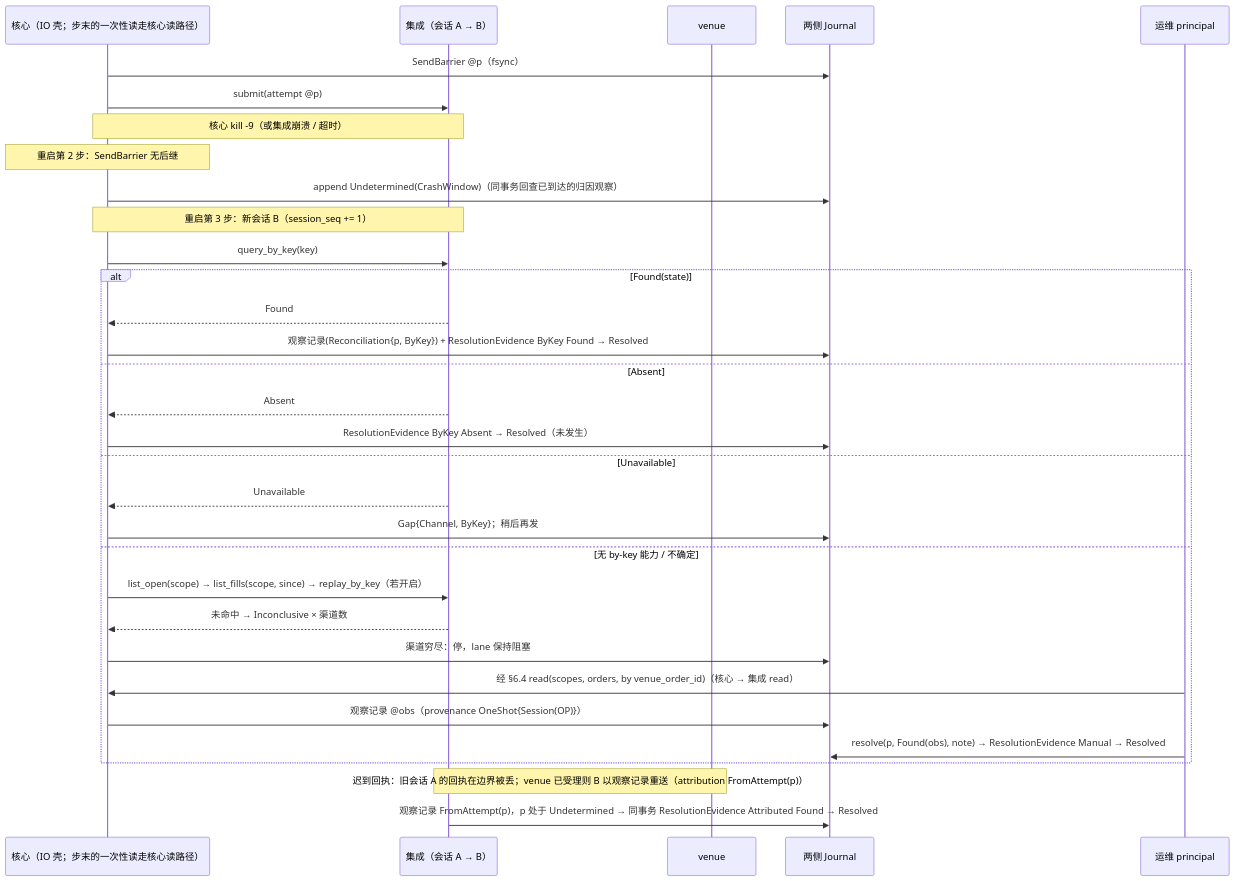
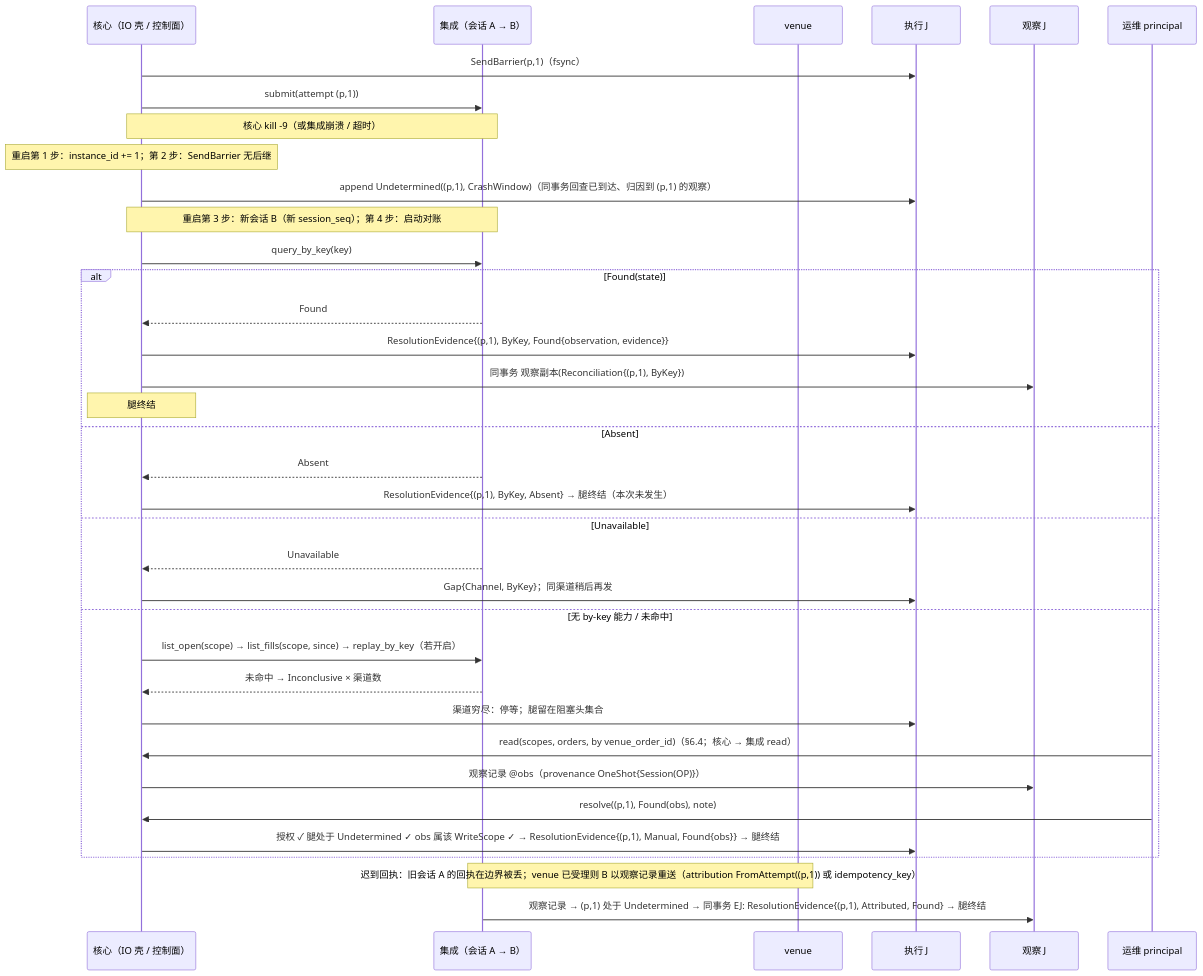
The sixth of 7 diagrams in design/diagrams/06-io-shell-attempt.md (mouriya-s-lab/uta), drawn with Mermaid before and after one commit. The commit also changed other lines of this file and 9 other files, not shown here.

Commit message:
设计：并入 astra 复核——腿身份 AttemptRef、回执/证据字节归执行事实、EffectResponse 完成事实、AwaitingTargetTerminal 有界出口、ReconciliationReopened 重开取证、取证记录矩阵（Unavailable 不算取证）、lane 集合语义贯通、恢复先判 Resolved、alignment 读当前流末 + checked_as_of、一版一决 Conflict(AlreadyDecided)、Lag/完备位置切面、唯一边=类型依赖与语义消费、XA 类比改设计标签；图 D1–D9 同步

````diff
--- a/design/diagrams/06-io-shell-attempt.md
+++ b/design/diagrams/06-io-shell-attempt.md
@@ -186,34 +203,38 @@
 ```mermaid
 sequenceDiagram
-  participant IO as 核心（IO 壳；步末的一次性读走核心读路径）
+  participant IO as 核心（IO 壳 / 控制面）
   participant I as 集成（会话 A → B）
   participant V as venue
-  participant J as 两侧 Journal
+  participant EJ as 执行 J
+  participant OJ as 观察 J
   participant OP as 运维 principal
-  IO->>J: SendBarrier @p（fsync）
-  IO->>I: submit(attempt @p)
+  IO->>EJ: SendBarrier(p,1)（fsync）
+  IO->>I: submit(attempt (p,1))
   Note over IO,I: 核心 kill -9（或集成崩溃 / 超时）
-  Note over IO: 重启第 2 步：SendBarrier 无后继
-  IO->>J: append Undetermined(CrashWindow)（同事务回查已到达的归因观察）
-  Note over IO,I: 重启第 3 步：新会话 B（session_seq += 1）
+  Note over IO: 重启第 1 步：instance_id += 1；第 2 步：SendBarrier 无后继
+  IO->>EJ: append Undetermined((p,1), CrashWindow)（同事务回查已到达、归因到 (p,1) 的观察）
+  Note over IO,I: 重启第 3 步：新会话 B（新 session_seq）；第 4 步：启动对账
   IO->>I: query_by_key(key)
   alt Found(state)
     I-->>IO: Found
-    IO->>J: 观察记录(Reconciliation{p, ByKey}) + ResolutionEvidence ByKey Found → Resolved
+    IO->>EJ: ResolutionEvidence{(p,1), ByKey, Found{observation, evidence}}
+    IO->>OJ: 同事务 观察副本(Reconciliation{(p,1), ByKey})
+    Note over IO: 腿终结
   else Absent
     I-->>IO: Absent
-    IO->>J: ResolutionEvidence ByKey Absent → Resolved（未发生）
+    IO->>EJ: ResolutionEvidence{(p,1), ByKey, Absent} → 腿终结（本次未发生）
   else Unavailable
     I-->>IO: Unavailable
-    IO->>J: Gap{Channel, ByKey}；稍后再发
-  else 无 by-key 能力 / 不确定
+    IO->>EJ: Gap{Channel, ByKey}；同渠道稍后再发
+  else 无 by-key 能力 / 未命中
     IO->>I: list_open(scope) → list_fills(scope, since) → replay_by_key（若开启）
     I-->>IO: 未命中 → Inconclusive × 渠道数
-    IO->>J: 渠道穷尽：停，lane 保持阻塞
-    OP->>IO: 经 §6.4 read(scopes, orders, by venue_order_id)（核心 → 集成 read）
-    IO->>J: 观察记录 @obs（provenance OneShot{Session(OP)}）
-    OP->>J: resolve(p, Found(obs), note) → ResolutionEvidence Manual → Resolved
+    IO->>EJ: 渠道穷尽：停等；腿留在阻塞头集合
+    OP->>IO: read(scopes, orders, by venue_order_id)（§6.4；核心 → 集成 read）
+    IO->>OJ: 观察记录 @obs（provenance OneShot{Session(OP)}）
+    OP->>IO: resolve((p,1), Found(obs), note)
+    IO->>EJ: 授权 ✓ 腿处于 Undetermined ✓ obs 属该 WriteScope ✓ → ResolutionEvidence{(p,1), Manual, Found{obs}} → 腿终结
   end
-  Note over I,V: 迟到回执：旧会话 A 的回执在边界被丢；venue 已受理则 B 以观察记录重送（attribution FromAttempt(p)）
-  I->>J: 观察记录 FromAttempt(p)，p 处于 Undetermined → 同事务 ResolutionEvidence Attributed Found → Resolved
+  Note over I,V: 迟到回执：旧会话 A 的回执在边界被丢；venue 已受理则 B 以观察记录重送（attribution FromAttempt((p,1)) 或 idempotency_key）
+  I->>OJ: 观察记录 → (p,1) 处于 Undetermined → 同事务 EJ: ResolutionEvidence{(p,1), Attributed, Found} → 腿终结
 ```
````
